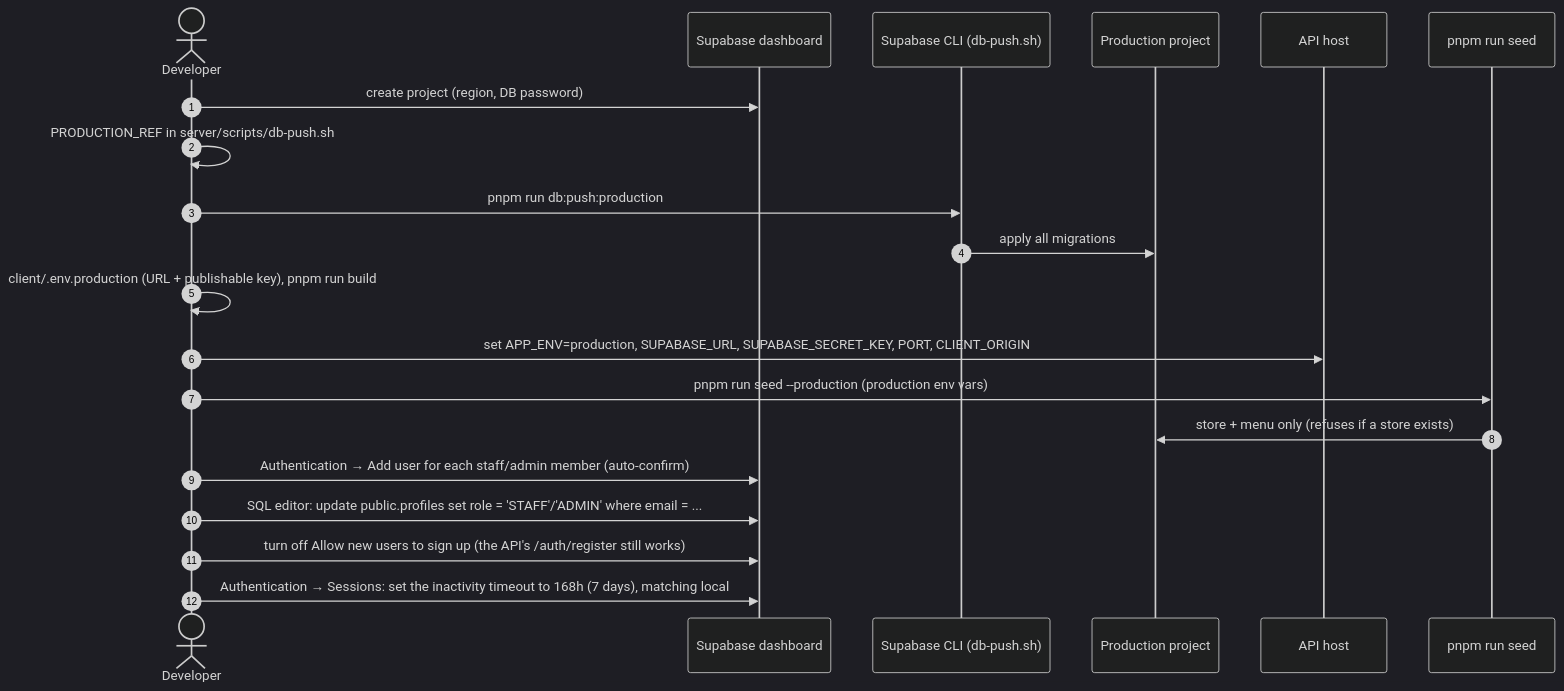
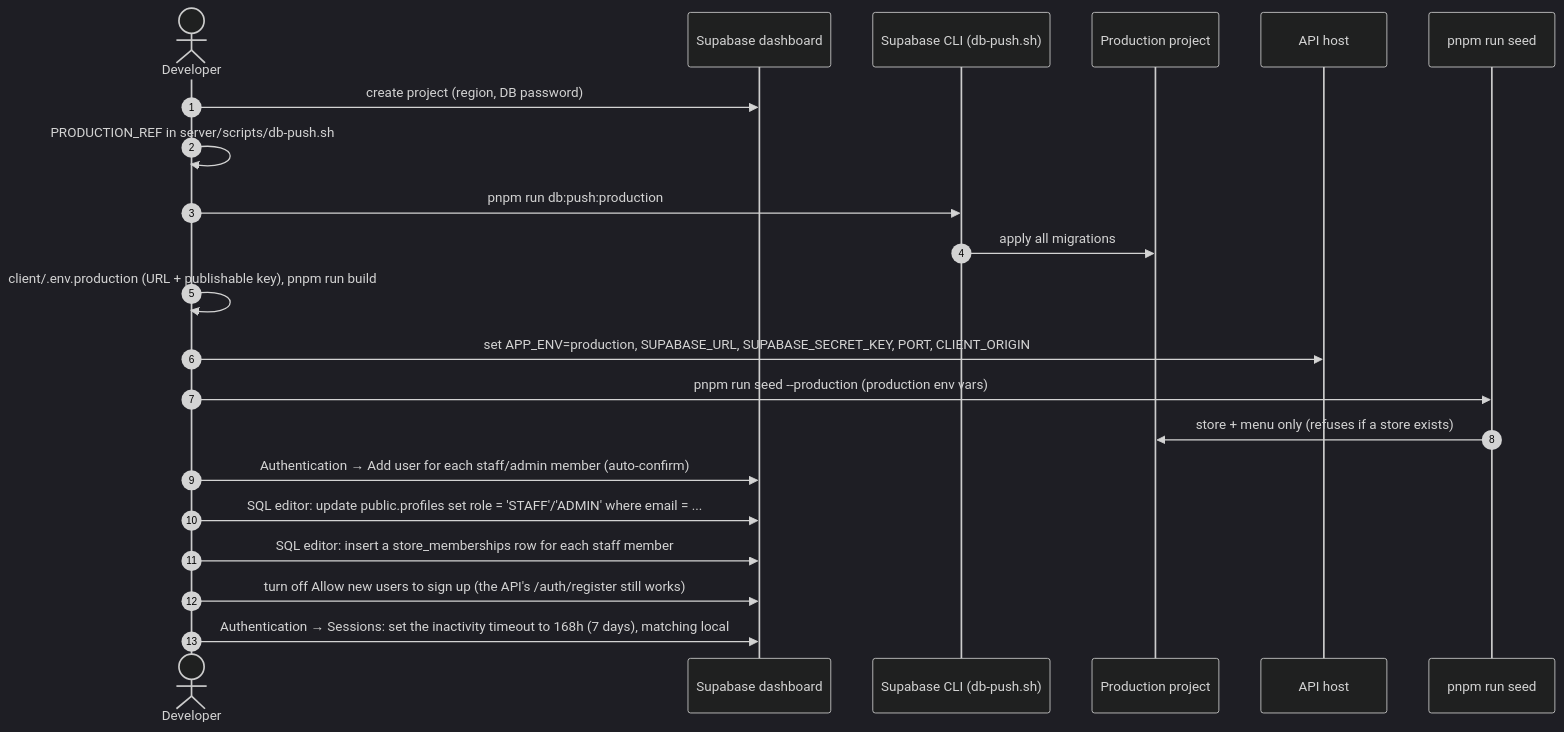
The fourth of 4 diagrams in docs/DEPLOYMENT.md (The-KhaNha/KhaNha), drawn with Mermaid (dark theme) before and after one commit. The commit also changed other lines of this file and 27 other files, not shown here.

````diff
--- a/docs/DEPLOYMENT.md
+++ b/docs/DEPLOYMENT.md
@@ -273,23 +274,24 @@
 ```mermaid
 sequenceDiagram
   autonumber
   actor Dev as Developer
   participant Dash as Supabase dashboard
   participant CLI as Supabase CLI (db-push.sh)
   participant Prod as Production project
   participant Host as API host
   participant Seed as pnpm run seed
 
   Dev->>Dash: create project (region, DB password)
   Dev->>Dev: PRODUCTION_REF in server/scripts/db-push.sh
   Dev->>CLI: pnpm run db:push:production
   CLI->>Prod: apply all migrations
   Dev->>Dev: client/.env.production (URL + publishable key), pnpm run build
   Dev->>Host: set APP_ENV=production, SUPABASE_URL, SUPABASE_SECRET_KEY, PORT, CLIENT_ORIGIN
   Dev->>Seed: pnpm run seed --production (production env vars)
   Seed->>Prod: store + menu only (refuses if a store exists)
   Dev->>Dash: Authentication → Add user for each staff/admin member (auto-confirm)
   Dev->>Dash: SQL editor: update public.profiles set role = 'STAFF'/'ADMIN' where email = ...
+  Dev->>Dash: SQL editor: insert a store_memberships row for each staff member
   Dev->>Dash: turn off Allow new users to sign up (the API's /auth/register still works)
   Dev->>Dash: Authentication → Sessions: set the inactivity timeout to 168h (7 days), matching local
 ```
````
